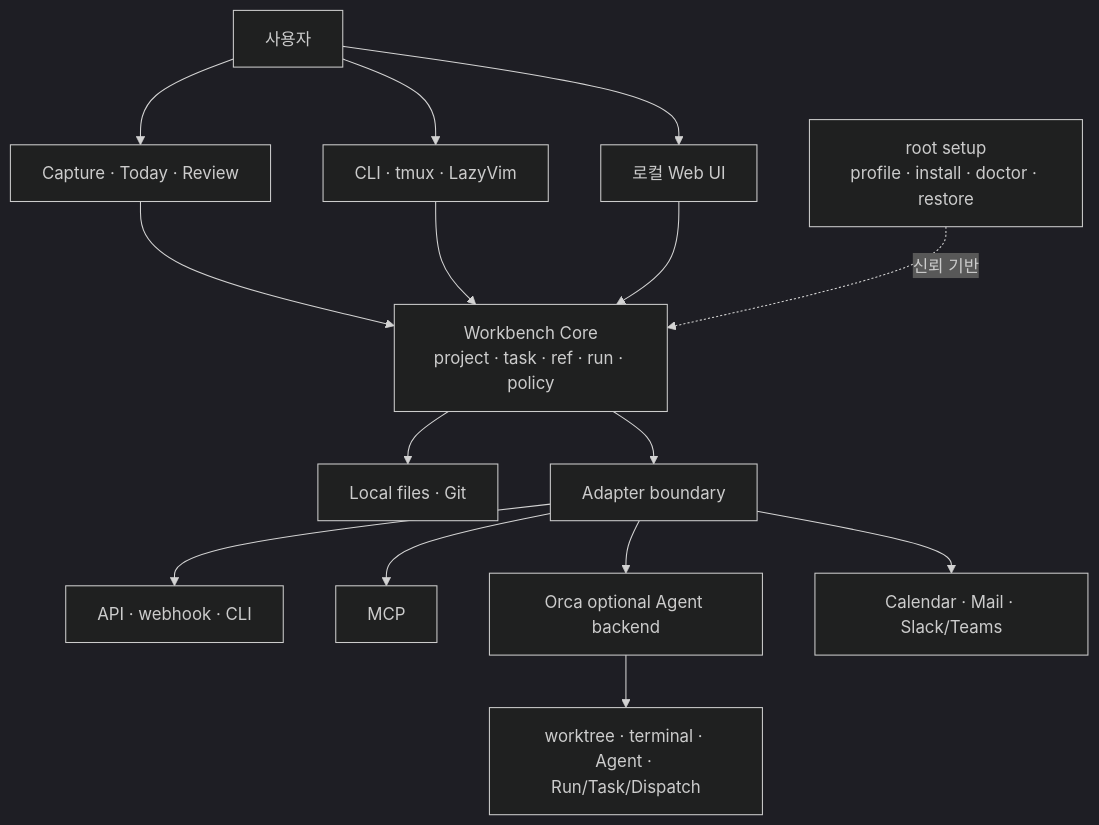
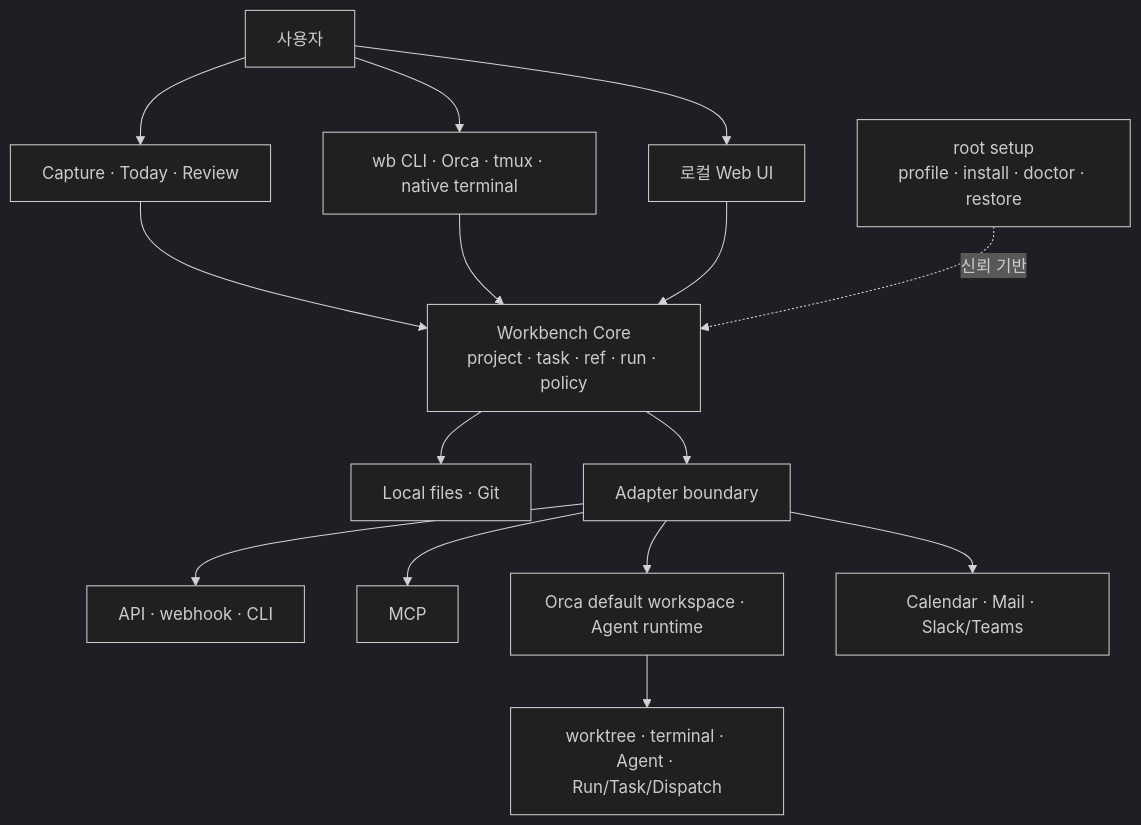
Before and after one commit to jisung9870/dev-env-setup: the diagram in plan/PRODUCT-PLAN.md, drawn with Mermaid (dark theme). The commit also changed other lines of this file and 4 other files, not shown here.

````diff
--- a/plan/PRODUCT-PLAN.md
+++ b/plan/PRODUCT-PLAN.md
@@ -136,17 +139,17 @@
 ```mermaid
 flowchart TB
     U["사용자"] --> C["Capture · Today · Review"]
-    U --> X["CLI · tmux · LazyVim"]
+    U --> X["wb CLI · Orca · tmux · native terminal"]
     U --> UI["로컬 Web UI"]
     C --> CORE["Workbench Core\nproject · task · ref · run · policy"]
     X --> CORE
     UI --> CORE
     SETUP["root setup\nprofile · install · doctor · restore"] -. "신뢰 기반" .-> CORE
     CORE --> FS["Local files · Git"]
     CORE --> AD["Adapter boundary"]
     AD --> API["API · webhook · CLI"]
     AD --> MCP["MCP"]
-    AD --> ORCA["Orca optional Agent backend"]
+    AD --> ORCA["Orca default workspace · Agent runtime"]
     AD --> OTHER["Calendar · Mail · Slack/Teams"]
     ORCA --> AG["worktree · terminal · Agent · Run/Task/Dispatch"]
 ```
````
